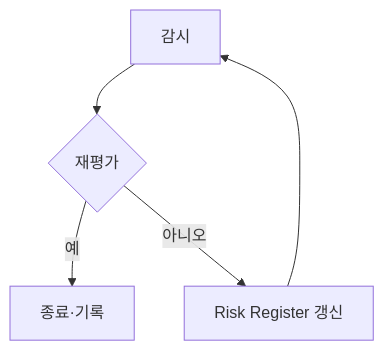
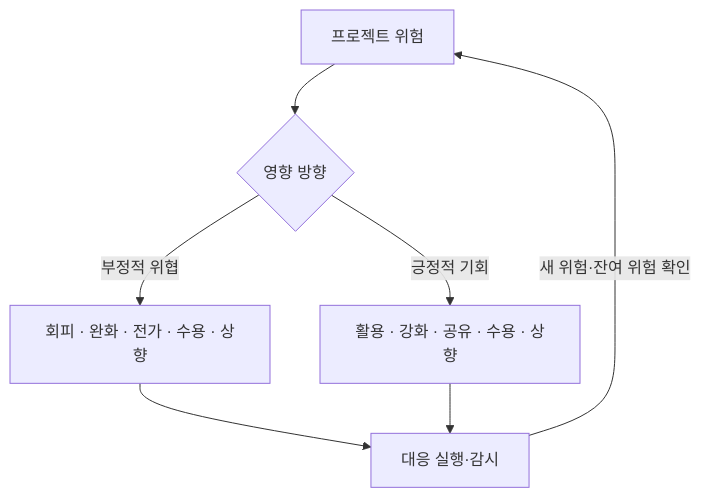
One commit to agnusdei1207/study changed the fourth of 4 diagrams in src/content/docs/notes/itpe/01-it-strategy/009_project_risk_management_negative.md. Above: the diagram before and after it, drawn with Mermaid. The commit also changed other lines of this file and 16 other files, not shown here.

````diff
--- a/src/content/docs/notes/itpe/01-it-strategy/009_project_risk_management_negative.md
+++ b/src/content/docs/notes/itpe/01-it-strategy/009_project_risk_management_negative.md
@@ -130,7 +143,9 @@
 ```mermaid
 flowchart TD
-    M["감시"] --> Q{"재평가"}
-    Q -->|예| C["종료·기록"]
-    Q -->|아니오| U["Risk Register 갱신"]
-    U --> M
+    R["프로젝트 위험"] --> Q{"영향 방향"}
+    Q -->|부정적 위협| T["회피 · 완화 · 전가 · 수용 · 상향"]
+    Q -->|긍정적 기회| O["활용 · 강화 · 공유 · 수용 · 상향"]
+    T --> M["대응 실행·감시"]
+    O --> M
+    M -->|새 위험·잔여 위험 확인| R
 ```
````
